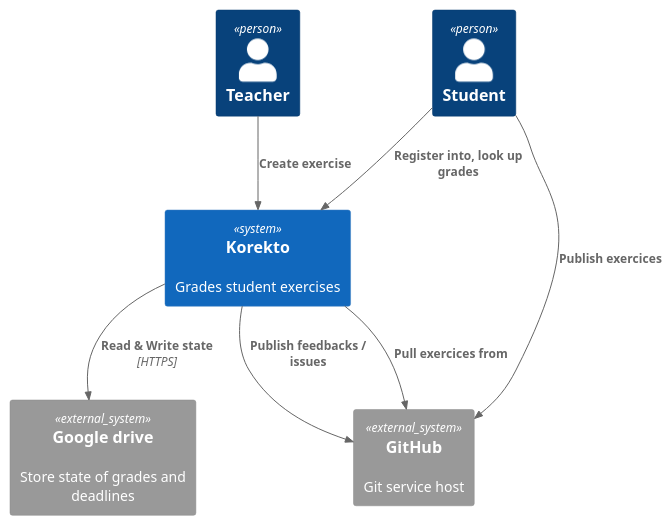
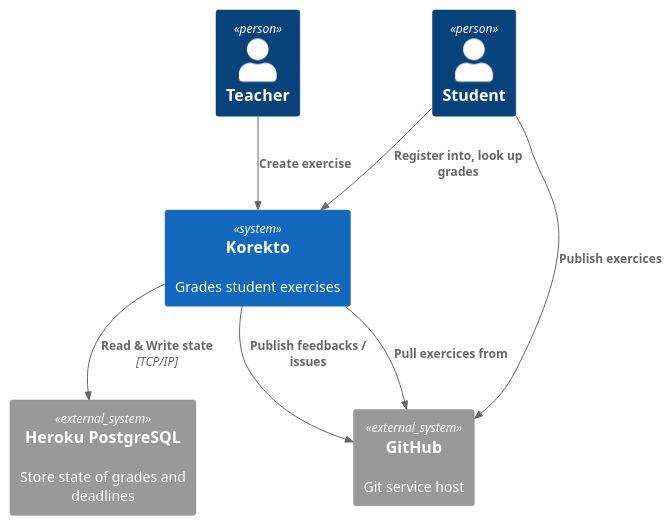
One commit to lernejo/architecture-studies changed the first of 6 diagrams in scale/C4_diagrams.md. Above: the diagram before and after it, drawn with PlantUML. The commit also changed other lines of this file, not shown here.

Commit message:
Replace GDrive by Heroku PG

````diff
--- a/scale/C4_diagrams.md
+++ b/scale/C4_diagrams.md
@@ -2,22 +2,22 @@
 ```puml
 @startuml
 !includeurl C4_Context.puml
 
 Person(teacher, "Teacher")
 Person(student, "Student")
 
 System(korekto, "Korekto", "Grades student exercises")
 
 System_Ext(github, "GitHub", "Git service host")
-System_Ext(db, "Google drive", "Store state of grades and deadlines")
+System_Ext(db, "Heroku PostgreSQL", "Store state of grades and deadlines")
 
 Rel(teacher, korekto, "Create exercise")
 Rel(student, korekto, "Register into, look up grades")
 Rel(student, github, "Publish exercices")
 
 
 Rel(korekto, github, "Pull exercices from")
 Rel(korekto, github, "Publish feedbacks / issues")
-Rel(korekto, db, "Read & Write state", "HTTPS")
+Rel(korekto, db, "Read & Write state", "TCP/IP")
 @enduml
 ```
````
